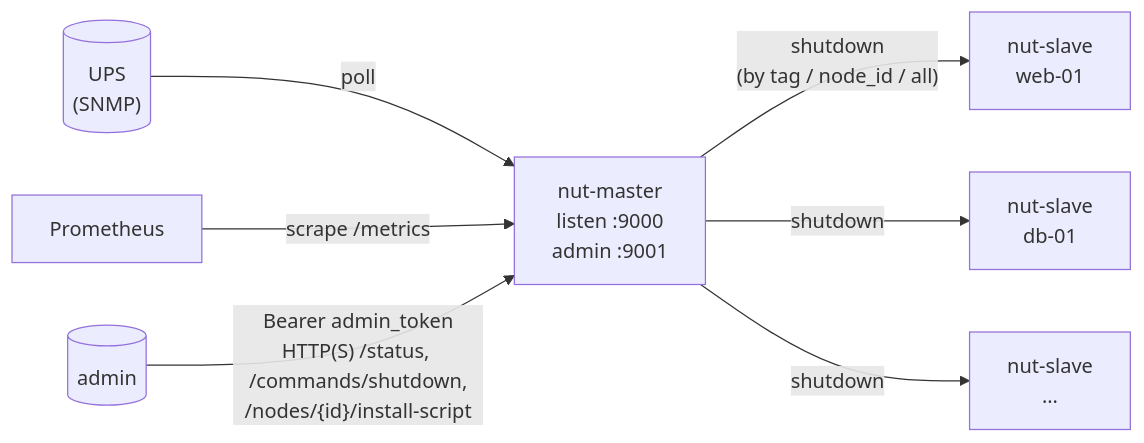
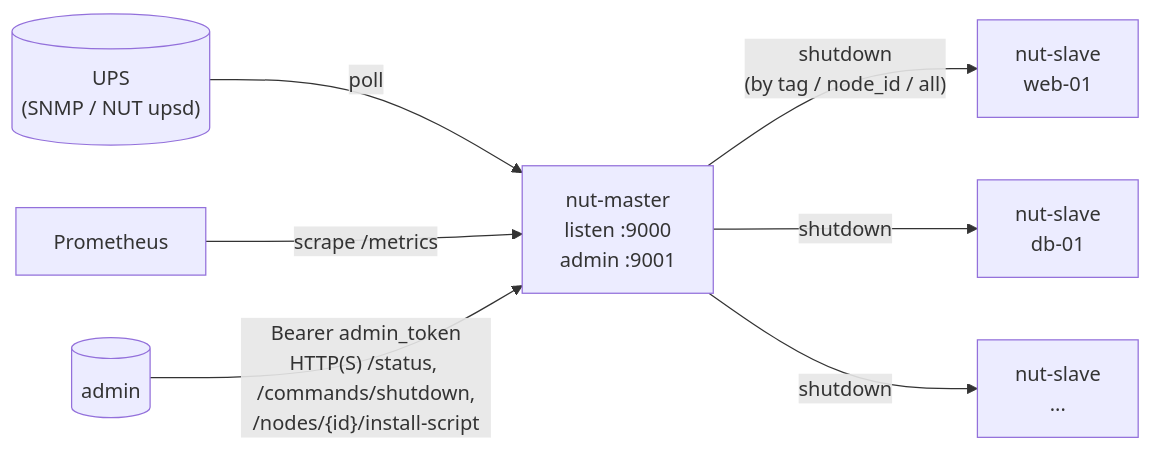
The diagram in README.md (riofutab/nut-server), drawn with Mermaid before and after one commit. The commit also changed other lines of this file and 26 other files, not shown here.

First line of the commit message:
feat(master): 支持 NUT upsd 作为 UPS 数据来源

````diff
--- a/README.md
+++ b/README.md
@@ -42,9 +42,9 @@
 ```mermaid
 flowchart LR
-    UPS[("UPS\n(SNMP)")] -- poll --> M["nut-master\nlisten :9000\nadmin :9001"]
+    UPS[("UPS\n(SNMP / NUT upsd)")] -- poll --> M["nut-master\nlisten :9000\nadmin :9001"]
     M -- "shutdown\n(by tag / node_id / all)" --> S1["nut-slave\nweb-01"]
     M -- shutdown --> S2["nut-slave\ndb-01"]
     M -- shutdown --> S3["nut-slave\n..."]
     Prom["Prometheus"] -- "scrape /metrics" --> M
     Op[("admin")] -- "Bearer admin_token\nHTTP(S) /status, /commands/shutdown,\n/nodes/{id}/install-script"  --> M
 ```
````
